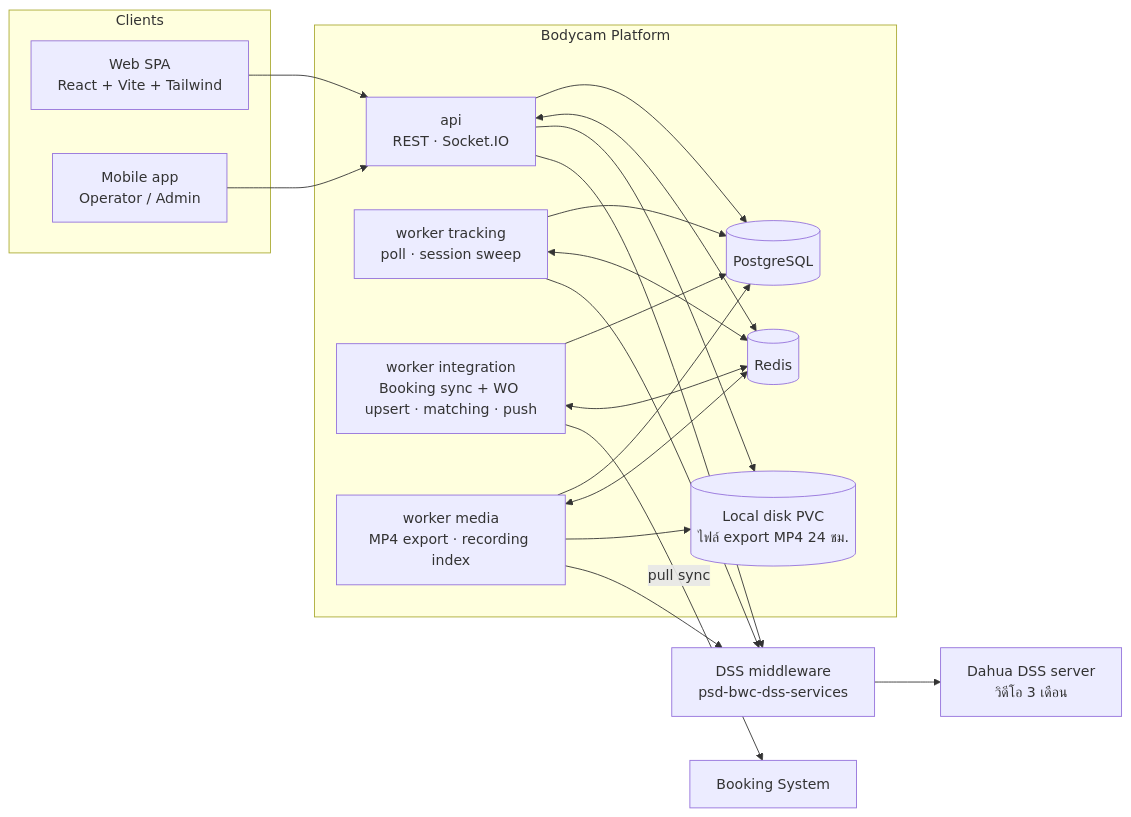
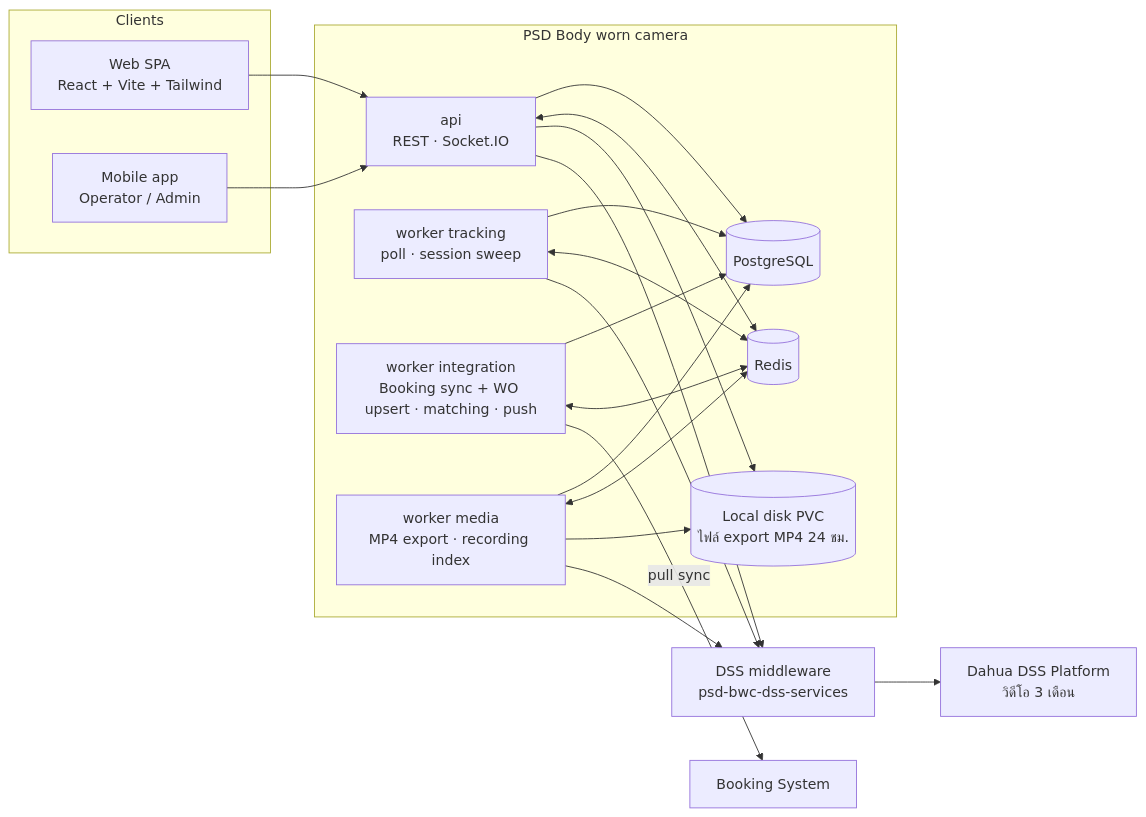
The diagram in docs/blueprint/README.md (b-werayut/psd-bodycam-v1.0), drawn with Mermaid before and after one commit. The commit also changed other lines of this file and 11 other files, not shown here.

````diff
--- a/docs/blueprint/README.md
+++ b/docs/blueprint/README.md
@@ -90,36 +92,36 @@
 ```mermaid
 flowchart LR
   subgraph Client["Clients"]
     WEB["Web SPA<br/>React + Vite + Tailwind"]
     MOB["Mobile app<br/>Operator / Admin"]
   end
-  subgraph Platform["Bodycam Platform"]
+  subgraph Platform["PSD Body worn camera"]
     API["api<br/>REST · Socket.IO"]
     WT["worker tracking<br/>poll · session sweep"]
     WI["worker integration<br/>Booking sync + WO upsert · matching · push"]
     WM["worker media<br/>MP4 export · recording index"]
     PG[("PostgreSQL")]
     RD[("Redis")]
     FS[("Local disk PVC<br/>ไฟล์ export MP4 24 ชม.")]
   end
   DSS["DSS middleware<br/>psd-bwc-dss-services"]
-  DSV["Dahua DSS server<br/>วิดีโอ 3 เดือน"]
+  DSV["Dahua DSS Platform<br/>วิดีโอ 3 เดือน"]
   BK["Booking System"]
   WEB --> API
   MOB --> API
   API --> PG
   API <--> RD
   WT --> PG
   WI --> PG
   WM --> PG
   WT <--> RD
   WI <--> RD
   WM <--> RD
   WM --> FS
   API --> FS
   WT --> DSS
   API --> DSS
   WM --> DSS
   DSS --> DSV
   WI -- "pull sync" --> BK
 ```
````
